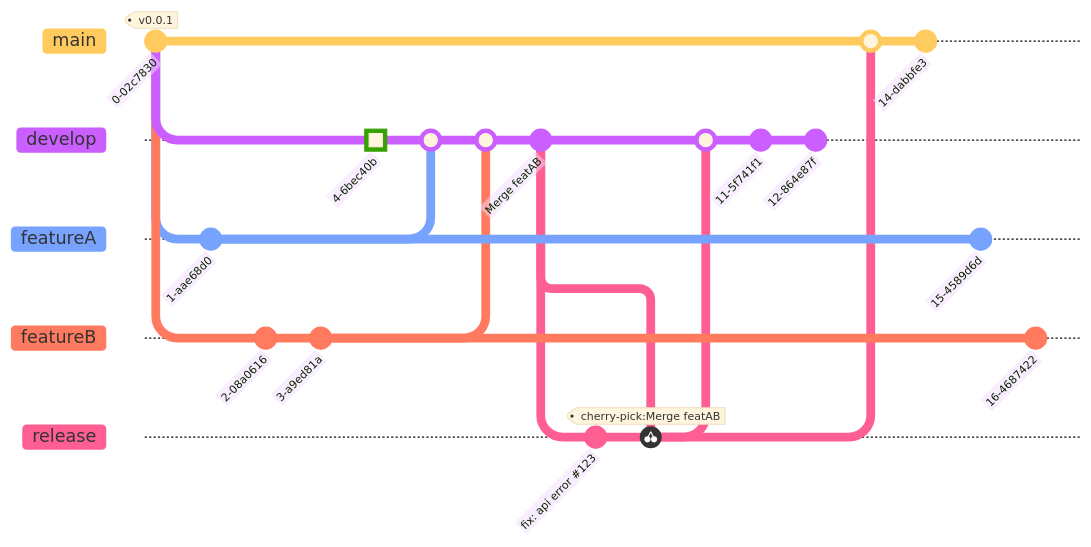
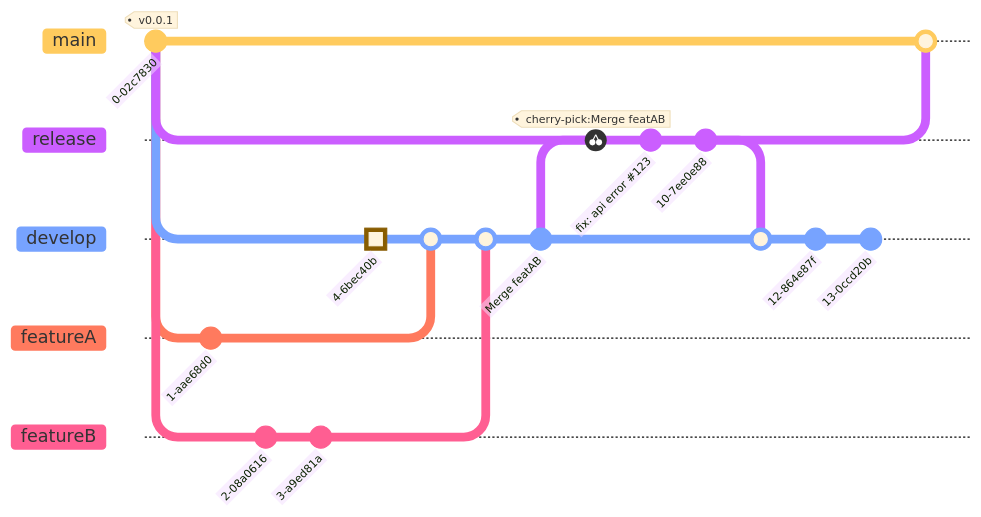
The first of 2 diagrams in gitflow/README.md (Duc-Developer/development-diagrams), drawn with Mermaid before and after one commit. Commit ids are hidden.

Commit message:
move release

````diff
--- a/gitflow/README.md
+++ b/gitflow/README.md
@@ -26,33 +26,29 @@
 ```mermaid
 %%{init: { 'logLevel': 'debug', 'theme': 'base', 'gitGraph': {'showBranches': true, 'showCommitLabel':true,'mainBranchName': 'main'}} }%%
       gitGraph
         commit tag:"v0.0.1"
+        branch release
         branch develop
         branch featureA
         branch featureB
         checkout featureA
         commit
         checkout featureB
         commit
         commit
         checkout develop
         commit type: HIGHLIGHT
         merge featureA
         merge featureB
         commit id:"Merge featAB"
-        branch release
         checkout release
+        cherry-pick id:"Merge featAB"
         commit id:"fix: api error #123"
-        cherry-pick id:"Merge featAB"
+        commit
         checkout develop
         merge release
         commit
         commit
         checkout main
         merge release
-        commit
-        checkout featureA
-        commit
-        checkout featureB
-        commit
 ```
````
